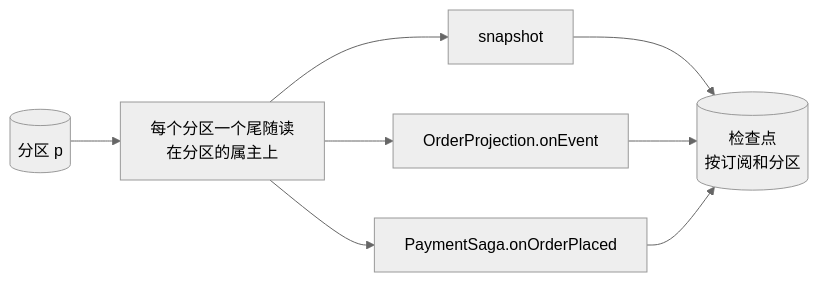
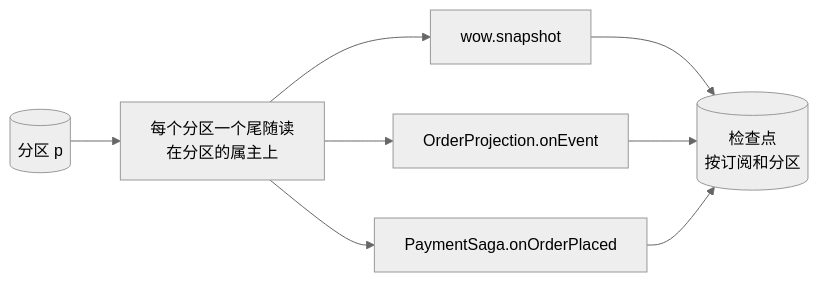
One commit to Ahoo-Wang/Wow changed the diagram in documentation/docs/zh/concepts/subscriptions.md. Above: the diagram before and after it, drawn with Mermaid (neutral theme). The commit also changed 15 other files, not shown here.

````diff
--- a/documentation/docs/zh/concepts/subscriptions.md
+++ b/documentation/docs/zh/concepts/subscriptions.md
@@ -22,8 +22,8 @@
 ```mermaid
 flowchart LR
     LOG[(分区 p)] --> TAIL[每个分区一个尾随读<br/>在分区的属主上]
-    TAIL --> S1[snapshot]
+    TAIL --> S1[wow.snapshot]
     TAIL --> S2[OrderProjection.onEvent]
     TAIL --> S3[PaymentSaga.onOrderPlaced]
     S1 & S2 & S3 --> CP[(检查点<br/>按订阅和分区)]
 ```
````
